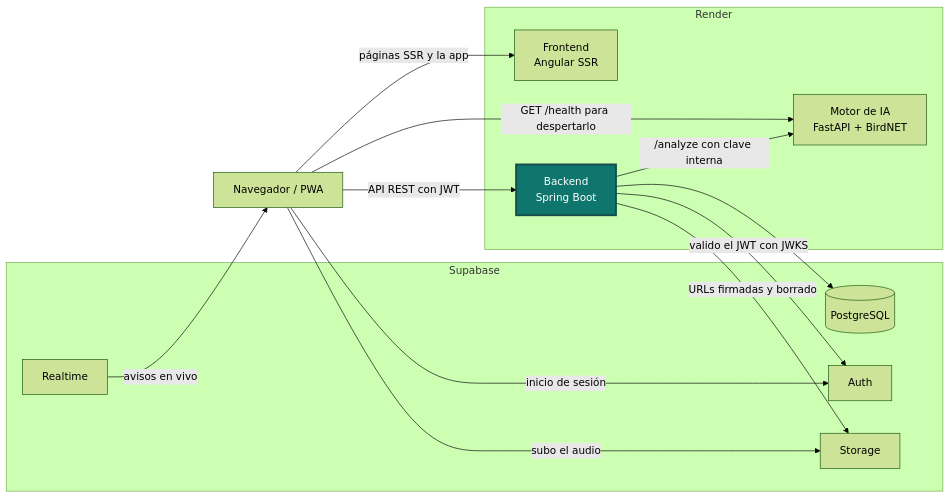
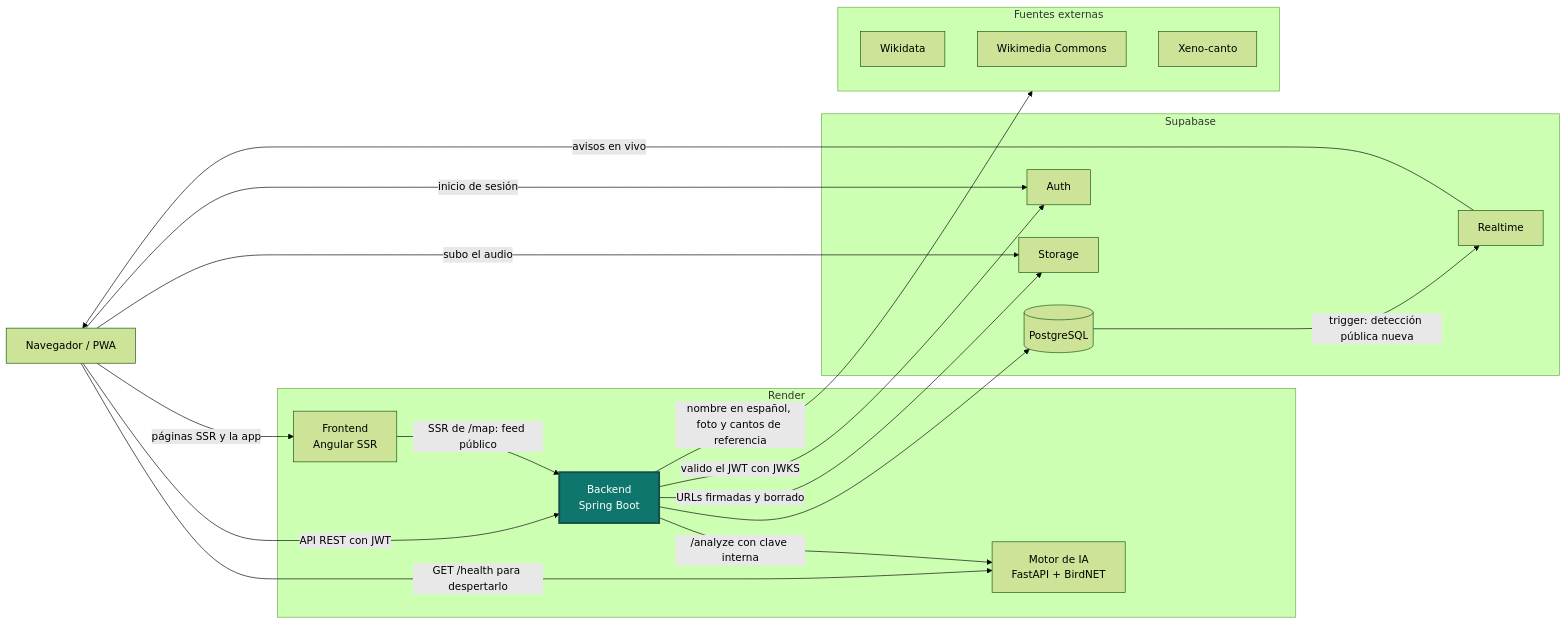
The first of 2 diagrams in README.md (solartedaniers/AlaSonora-Backend), drawn with Mermaid (forest theme) before and after one commit. The commit also changed other lines of this file, not shown here.

````diff
--- a/README.md
+++ b/README.md
@@ -56,27 +56,35 @@
 ```mermaid
 flowchart LR
   user["Navegador / PWA"]
   subgraph render["Render"]
     fe["Frontend<br/>Angular SSR"]
     be["Backend<br/>Spring Boot"]
     ia["Motor de IA<br/>FastAPI + BirdNET"]
   end
   subgraph supabase["Supabase"]
     db[("PostgreSQL")]
     auth["Auth"]
     storage["Storage"]
     realtime["Realtime"]
   end
+  subgraph external["Fuentes externas"]
+    wikidata["Wikidata"]
+    commons["Wikimedia Commons"]
+    xenocanto["Xeno-canto"]
+  end
   user -->|páginas SSR y la app| fe
   user -->|API REST con JWT| be
   user -->|"GET /health para despertarlo"| ia
   user -->|inicio de sesión| auth
   user -->|subo el audio| storage
   realtime -->|avisos en vivo| user
   be -->|"/analyze con clave interna"| ia
   be --> db
   be -->|valido el JWT con JWKS| auth
   be -->|URLs firmadas y borrado| storage
+  fe -->|"SSR de /map: feed público"| be
+  db -->|"trigger: detección pública nueva"| realtime
+  be -->|"nombre en español, foto y cantos de referencia"| external
   classDef current fill:#0f766e,stroke:#134e4a,stroke-width:3px,color:#ffffff
   class be current
 ```
````
